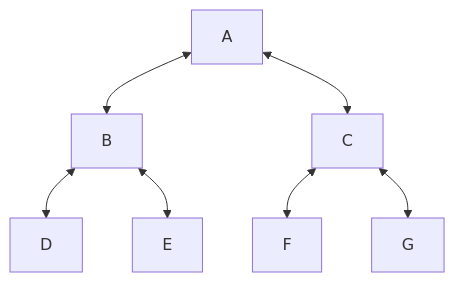
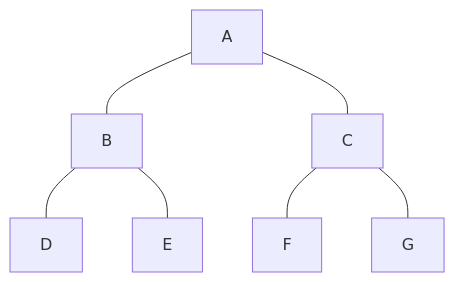
Before and after one commit to shasankp000/CSE-Engineering-Notes: the second of 16 diagrams in src/site/notes/Artificial Intelligence/Module 2 -- Search Strategies and Adversarial Search.md, drawn with Mermaid. The commit also changed other lines of this file and 3 other files, not shown here.

````diff
--- a/src/site/notes/Artificial Intelligence/Module 2 -- Search Strategies and Adversarial Search.md
+++ b/src/site/notes/Artificial Intelligence/Module 2 -- Search Strategies and Adversarial Search.md
@@ -248,9 +248,9 @@
 ```mermaid
 flowchart TD;
-	A<-->B;
-	B<-->D;
-	B<-->E;
-	A<-->C;
-	C<-->F;
-	C<-->G;
+	A---B;
+	B---D;
+	B---E;
+	A---C;
+	C---F;
+	C---G;
 ```
````
